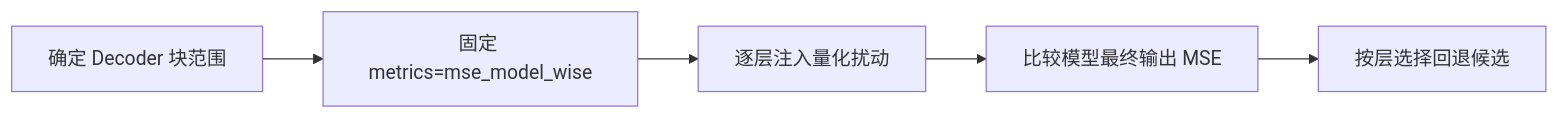
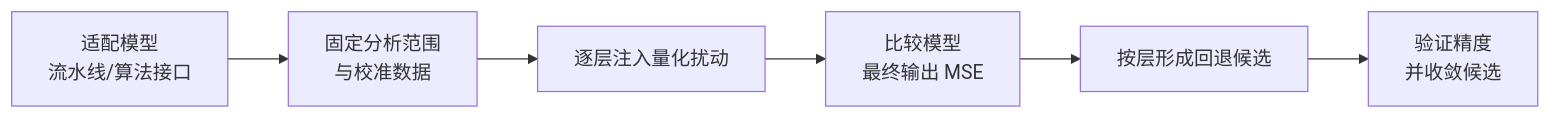
One commit to mindstudio-docs/master changed the diagram in msmodelslim/docs/zh/knowledge_base/quantization_algorithms/mse_model_wise/usage_mse_model_wise.md. Above: the diagram before and after it, drawn with Mermaid. The commit also changed other lines of this file and 235 other files, not shown here.

````diff
--- a/msmodelslim/docs/zh/knowledge_base/quantization_algorithms/mse_model_wise/usage_mse_model_wise.md
+++ b/msmodelslim/docs/zh/knowledge_base/quantization_algorithms/mse_model_wise/usage_mse_model_wise.md
@@ -23,7 +28,8 @@
 ```mermaid
 flowchart LR
-    A[确定 Decoder 块范围] --> B[固定 metrics=mse_model_wise]
-    B[固定 metrics=mse_model_wise] --> C[逐层注入量化扰动]
-    C[逐层注入量化扰动] --> D[比较模型最终输出 MSE]
-    D[比较模型最终输出 MSE] --> E[按层选择回退候选]
+    A[适配模型<br/>流水线/算法接口] --> B[固定分析范围<br/>与校准数据]
+    B --> C[逐层注入量化扰动]
+    C --> D[比较模型<br/>最终输出 MSE]
+    D --> E[按层形成回退候选]
+    E --> F[验证精度<br/>并收敛候选]
 ```
````
